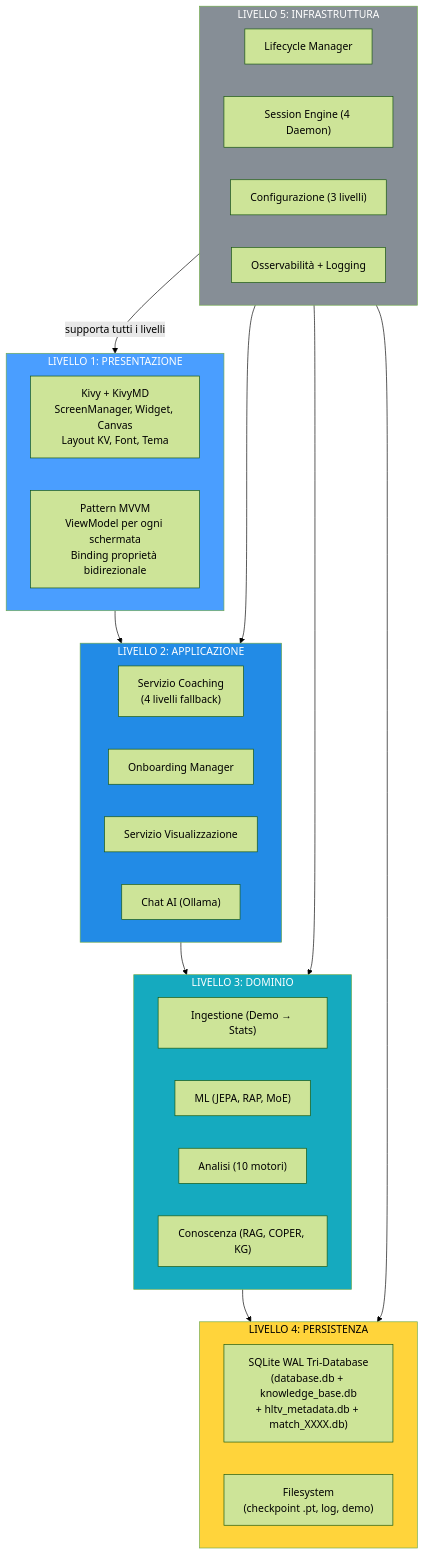
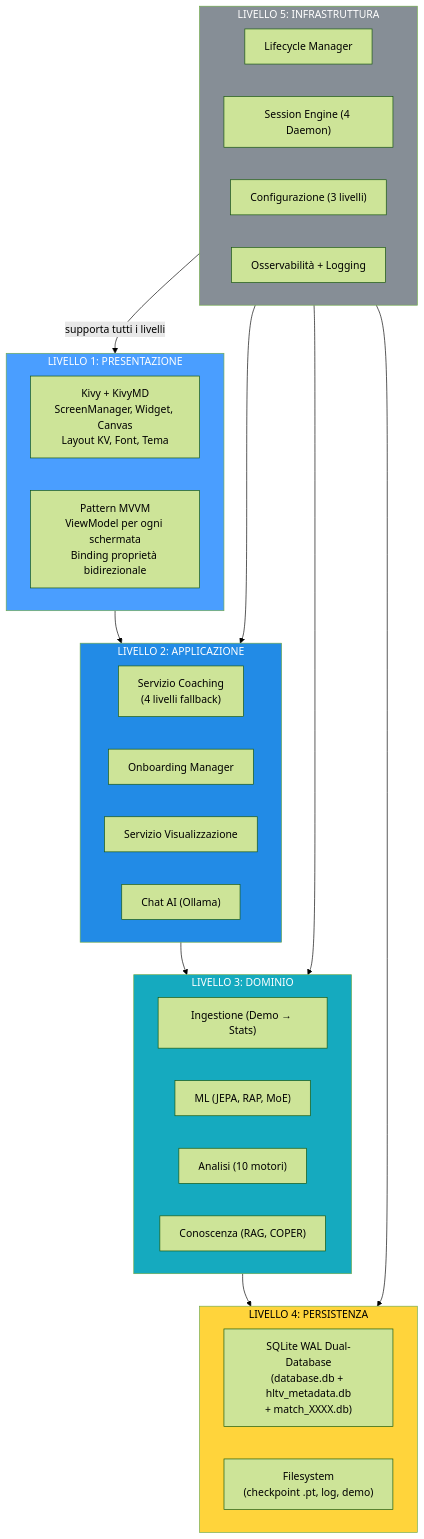
Before and after one commit to renanaugustomacena-ux/Counter-Strike-coach-AI: diagram 52 of 55 in docs/Book-Coach-3.md, drawn with Mermaid (forest theme). The commit also changed other lines of this file, not shown here.

````diff
--- a/docs/Book-Coach-3.md
+++ b/docs/Book-Coach-3.md
@@ -2744,43 +2740,43 @@
 ```mermaid
 flowchart TB
     subgraph L1["LIVELLO 1: PRESENTAZIONE"]
         KIVY["Kivy + KivyMD<br/>ScreenManager, Widget, Canvas<br/>Layout KV, Font, Tema"]
         MVVM["Pattern MVVM<br/>ViewModel per ogni schermata<br/>Binding proprietà bidirezionale"]
     end
     subgraph L2["LIVELLO 2: APPLICAZIONE"]
         COACHING["Servizio Coaching<br/>(4 livelli fallback)"]
         ONBOARD["Onboarding Manager"]
         VIS["Servizio Visualizzazione"]
         CHAT["Chat AI (Ollama)"]
     end
     subgraph L3["LIVELLO 3: DOMINIO"]
         INGEST["Ingestione (Demo → Stats)"]
         ML["ML (JEPA, RAP, MoE)"]
         ANALYSIS["Analisi (10 motori)"]
-        KNOWLEDGE["Conoscenza (RAG, COPER, KG)"]
+        KNOWLEDGE["Conoscenza (RAG, COPER)"]
     end
     subgraph L4["LIVELLO 4: PERSISTENZA"]
-        SQLITE["SQLite WAL Tri-Database<br/>(database.db + knowledge_base.db<br/>+ hltv_metadata.db + match_XXXX.db)"]
+        SQLITE["SQLite WAL Dual-Database<br/>(database.db + hltv_metadata.db<br/>+ match_XXXX.db)"]
         FILES["Filesystem<br/>(checkpoint .pt, log, demo)"]
     end
     subgraph L5["LIVELLO 5: INFRASTRUTTURA"]
         LIFECYCLE["Lifecycle Manager"]
         SESSION["Session Engine (4 Daemon)"]
         CONFIG["Configurazione (3 livelli)"]
         LOGGING["Osservabilità + Logging"]
     end
 
     L1 --> L2
     L2 --> L3
     L3 --> L4
     L5 -->|"supporta tutti i livelli"| L1
     L5 --> L2
     L5 --> L3
     L5 --> L4
 
     style L1 fill:#4a9eff,color:#fff
     style L2 fill:#228be6,color:#fff
     style L3 fill:#15aabf,color:#fff
     style L4 fill:#ffd43b,color:#000
     style L5 fill:#868e96,color:#fff
 ```
````
